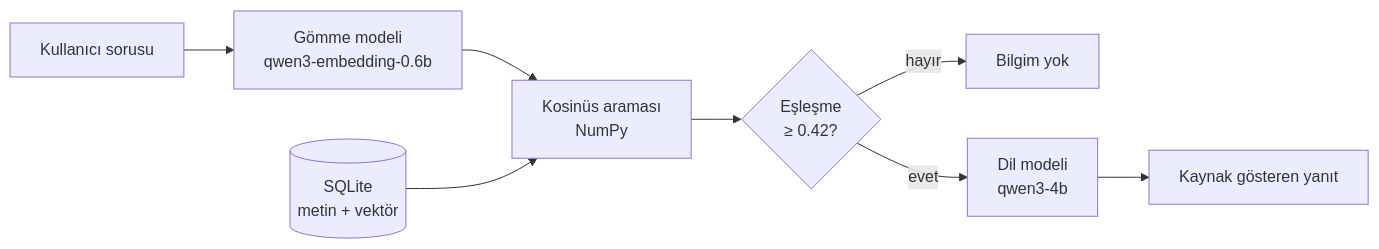
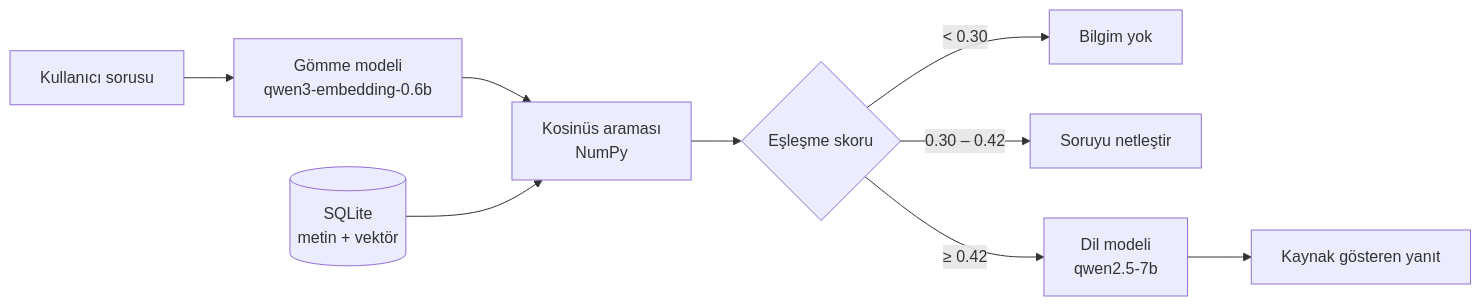
Before and after one commit to yilmazhatice/lra: the diagram in README.md, drawn with Mermaid. The commit also changed other lines of this file and 1 other file, not shown here.

````diff
--- a/README.md
+++ b/README.md
@@ -13,10 +15,11 @@
 ```mermaid
 flowchart LR
     A[Kullanıcı sorusu] --> B[Gömme modeli<br/>qwen3-embedding-0.6b]
     B --> C[Kosinüs araması<br/>NumPy]
     D[(SQLite<br/>metin + vektör)] --> C
-    C --> E{Eşleşme<br/>≥ 0.42?}
-    E -- hayır --> F[Bilgim yok]
-    E -- evet --> G[Dil modeli<br/>qwen3-4b]
-    G --> H[Kaynak gösteren yanıt]
+    C --> E{Eşleşme skoru}
+    E -- "&lt; 0.30" --> F[Bilgim yok]
+    E -- "0.30 – 0.42" --> G[Soruyu netleştir]
+    E -- "≥ 0.42" --> H[Dil modeli<br/>qwen2.5-7b]
+    H --> I[Kaynak gösteren yanıt]
 ```
````
